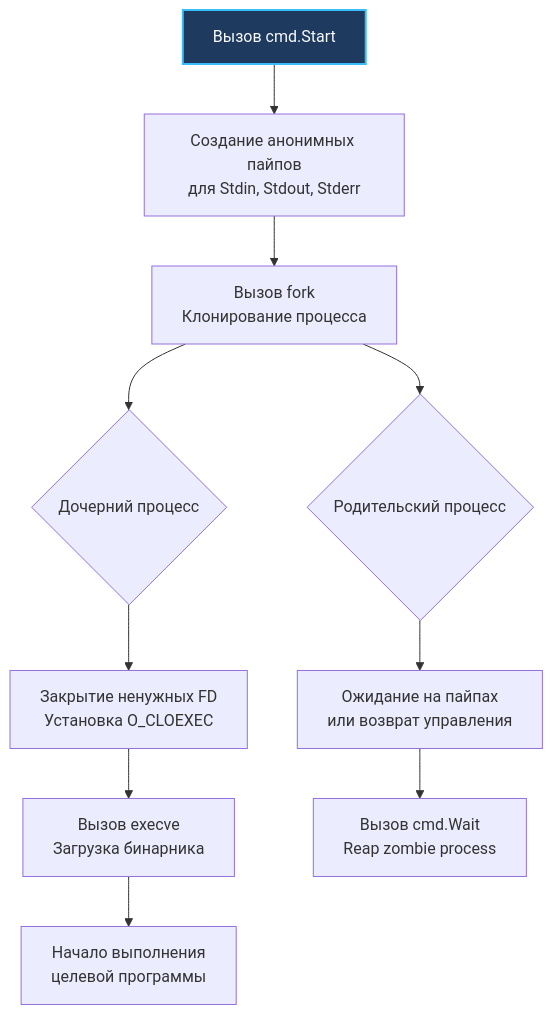
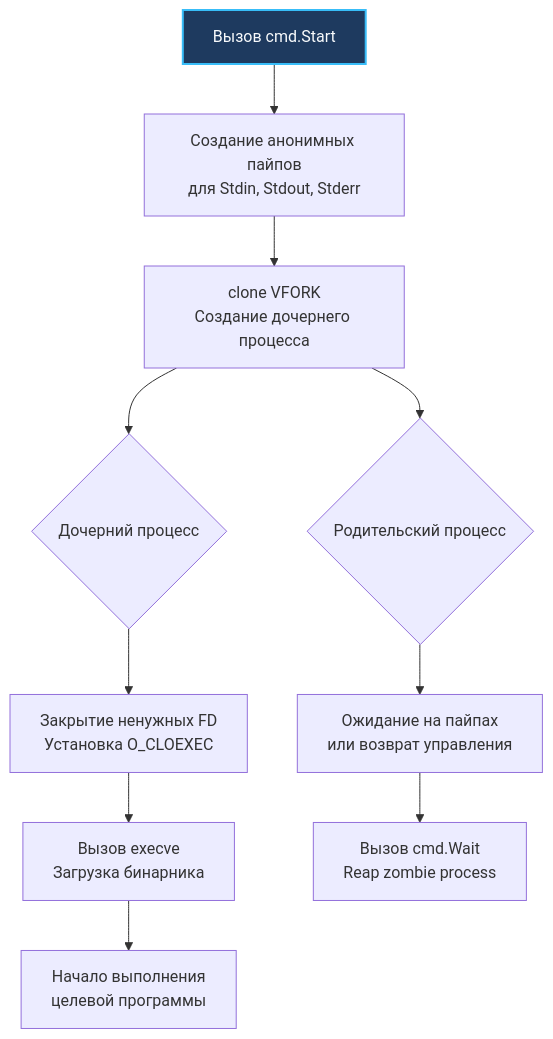
One commit to UnrealTemplier/go-textbook-ru changed the diagram in sources/6. Стандартная библиотека Go/43. os_exec. Запуск внешних процессов.md. Above: the diagram before and after it, drawn with Mermaid. The commit also changed other lines of this file and 47 other files, not shown here.

````diff
--- a/sources/6. Стандартная библиотека Go/43. os_exec. Запуск внешних процессов.md
+++ b/sources/6. Стандартная библиотека Go/43. os_exec. Запуск внешних процессов.md
@@ -22,22 +22,22 @@
 ```mermaid
 flowchart TD
     classDef process  fill:#1e293b,stroke:#38bdf8,stroke-width:1px,color:#f8fafc
     classDef success  fill:#064e3b,stroke:#34d399,stroke-width:1px,color:#f8fafc
     classDef error    fill:#7f1d1d,stroke:#f87171,stroke-width:1px,color:#f8fafc
     classDef warning  fill:#78350f,stroke:#fbbf24,stroke-width:1px,color:#f8fafc
     classDef entry    fill:#1e3a5f,stroke:#38bdf8,stroke-width:2px,color:#f8fafc
     classDef aux      fill:#334155,stroke:#64748b,stroke-width:1px,color:#f8fafc
     classDef system   fill:#312e81,stroke:#a78bfa,stroke-width:1px,color:#f8fafc
     classDef data     fill:#132d29,stroke:#2dd4bf,stroke-width:1px,color:#f8fafc
     classDef network  fill:#881337,stroke:#fb7185,stroke-width:1px,color:#f8fafc
     classDef accent   fill:#1e1b4b,stroke:#818cf8,stroke-width:1px,color:#f8fafc
     A["Вызов cmd.Start"]:::entry --> B["Создание анонимных пайпов<br>для Stdin, Stdout, Stderr"]
-    B --> C["Вызов fork<br>Клонирование процесса"]
+    B --> C["clone VFORK<br>Создание дочернего процесса"]
     C --> D{"Дочерний процесс"}
     C --> E{"Родительский процесс"}
     D --> F["Закрытие ненужных FD<br>Установка O_CLOEXEC"]
     F --> G["Вызов execve<br>Загрузка бинарника"]
     G --> H["Начало выполнения<br>целевой программы"]
     E --> I["Ожидание на пайпах<br>или возврат управления"]
     I --> J["Вызов cmd.Wait<br>Reap zombie process"]
 ```
````
